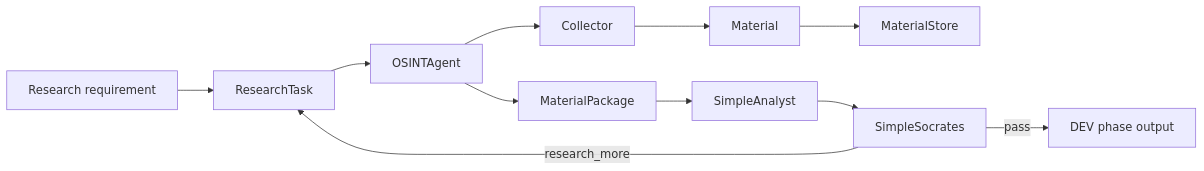
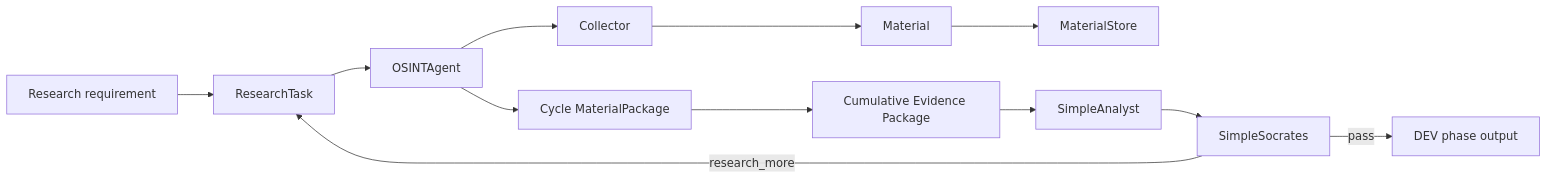
Before and after one commit to VictorKVS/OSINT_deepseek: the diagram in docs/06_verification/09_COMPONENT_TRACEABILITY_MAP.md, drawn with Mermaid. The commit also changed other lines of this file, not shown here.

````diff
--- a/docs/06_verification/09_COMPONENT_TRACEABILITY_MAP.md
+++ b/docs/06_verification/09_COMPONENT_TRACEABILITY_MAP.md
@@ -9,13 +9,14 @@
 ```mermaid
 flowchart LR
     R[Research requirement] --> T[ResearchTask]
     T --> A[OSINTAgent]
     A --> C[Collector]
     C --> M[Material]
     M --> S[MaterialStore]
-    A --> P[MaterialPackage]
-    P --> N[SimpleAnalyst]
+    A --> P[Cycle MaterialPackage]
+    P --> CP[Cumulative Evidence Package]
+    CP --> N[SimpleAnalyst]
     N --> Q[SimpleSocrates]
     Q -->|research_more| T
     Q -->|pass| O[DEV phase output]
 ```
````
